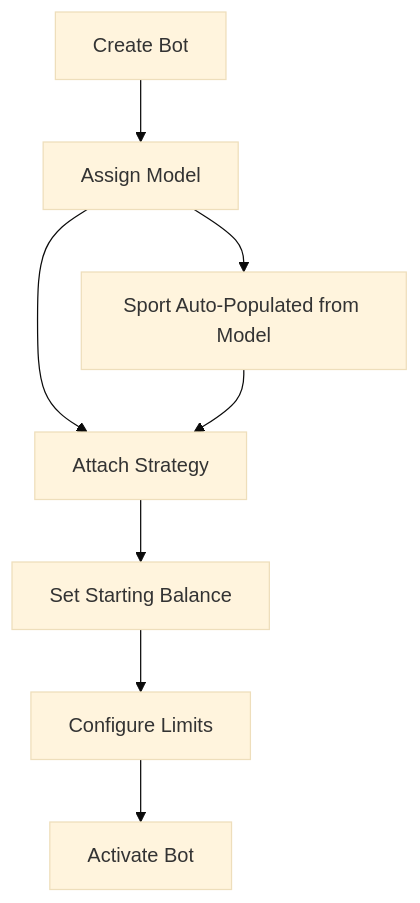
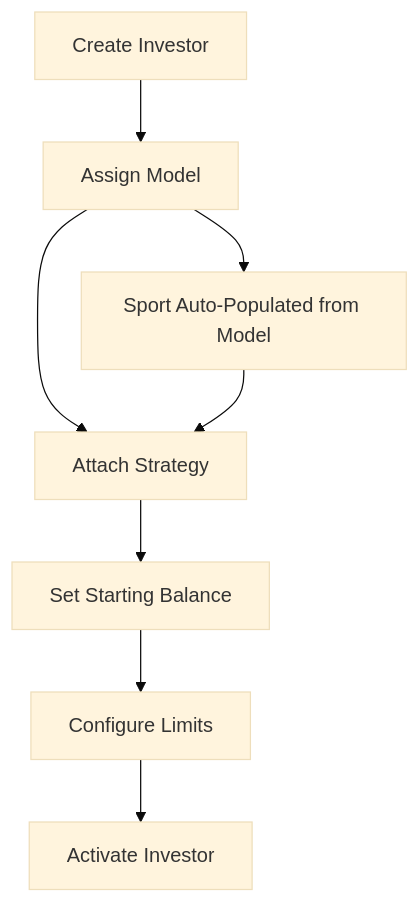
Before and after one commit to jslimak2/SI-HQ: the third of 4 diagrams in QUICK_REFERENCE_GUIDE.md, drawn with Mermaid (base theme). The commit also changed other lines of this file and 20 other files, not shown here.

Commit message:
Update terminology from 'bot' to 'investor' throughout codebase

````diff
--- a/QUICK_REFERENCE_GUIDE.md
+++ b/QUICK_REFERENCE_GUIDE.md
@@ -79,11 +79,11 @@
 ```mermaid
 flowchart TD
-    START[Create Bot] --> MODEL[Assign Model]
+    START[Create Investor] --> MODEL[Assign Model]
     MODEL --> STRATEGY[Attach Strategy]
     STRATEGY --> BALANCE[Set Starting Balance]
     BALANCE --> LIMITS[Configure Limits]
-    LIMITS --> ACTIVATE[Activate Bot]
+    LIMITS --> ACTIVATE[Activate Investor]
     
     MODEL --> AUTO_SPORT[Sport Auto-Populated from Model]
     AUTO_SPORT --> STRATEGY
 ```
````
